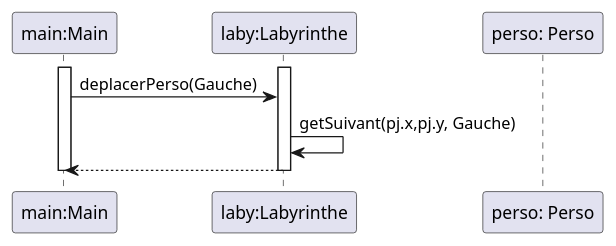
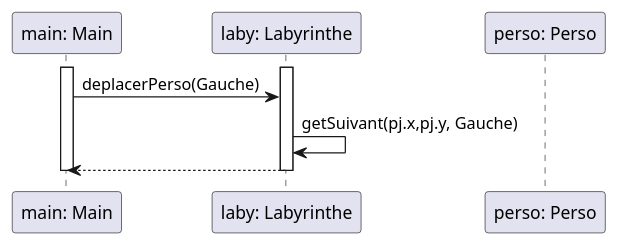
Before and after one commit to Stephane-Lpt/SAE_2.01_Zeldiablo: the diagram in documents/version_1/Q8.puml, drawn with PlantUML. The commit also changed 6 other files, not shown here.

```diff
--- a/documents/version_1/Q8.puml
+++ b/documents/version_1/Q8.puml
@@ -1,16 +1,16 @@
 @startuml
-participant "main:Main" as main
-participant "laby:Labyrinthe" as laby
+participant "main: Main" as main
+participant "laby: Labyrinthe" as laby
 participant "perso: Perso" as perso
 
 activate main
     activate laby
         main -> laby : deplacerPerso(Gauche)
         laby -> laby : getSuivant(pj.x,pj.y, Gauche)
         main <-- laby
     deactivate laby
 
 deactivate main
 
 
 @enduml
```
